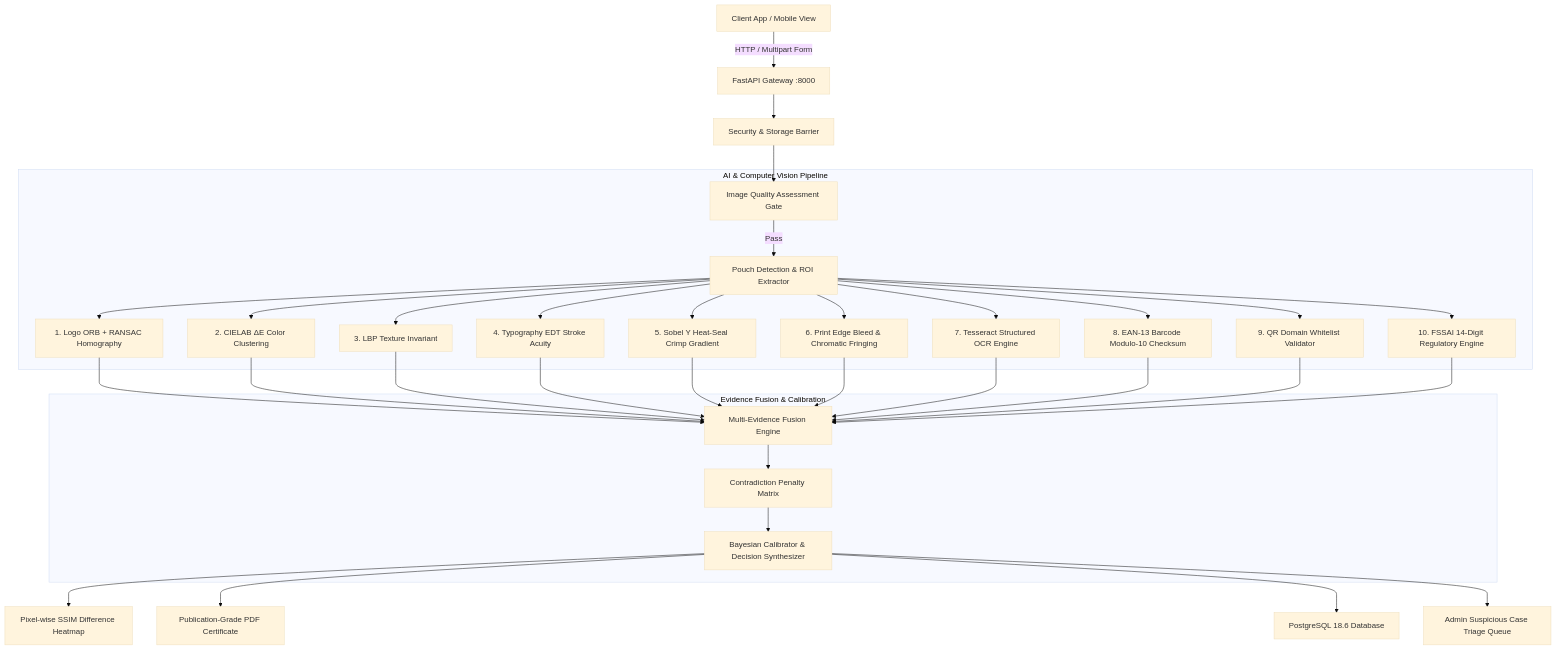
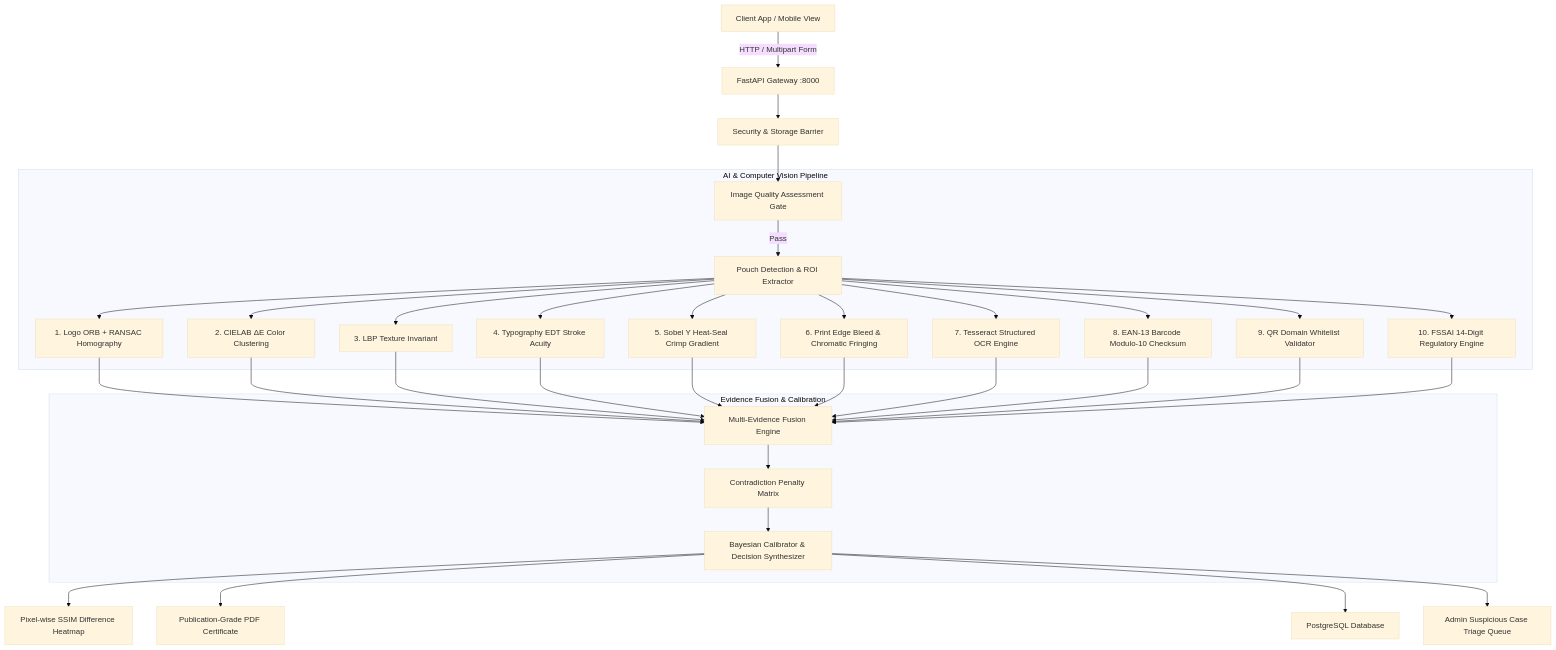
The diagram in README.md (pravashsingh775/VeriSure_Ai), drawn with Mermaid (base theme) before and after one commit. The commit also changed other lines of this file and 3 other files, not shown here.

````diff
--- a/README.md
+++ b/README.md
@@ -32,31 +31,31 @@
 ```mermaid
 graph TD
     A[Client App / Mobile View] -->|HTTP / Multipart Form| B[FastAPI Gateway :8000]
     B --> C[Security & Storage Barrier]
     C --> D[Image Quality Assessment Gate]
 
     subgraph AI & Computer Vision Pipeline
         D -->|Pass| E[Pouch Detection & ROI Extractor]
         E --> F1[1. Logo ORB + RANSAC Homography]
         E --> F2[2. CIELAB ΔE Color Clustering]
         E --> F3[3. LBP Texture Invariant]
         E --> F4[4. Typography EDT Stroke Acuity]
         E --> F5[5. Sobel Y Heat-Seal Crimp Gradient]
         E --> F6[6. Print Edge Bleed & Chromatic Fringing]
         E --> F7[7. Tesseract Structured OCR Engine]
         E --> F8[8. EAN-13 Barcode Modulo-10 Checksum]
         E --> F9[9. QR Domain Whitelist Validator]
         E --> F10[10. FSSAI 14-Digit Regulatory Engine]
     end
 
     subgraph Evidence Fusion & Calibration
         F1 & F2 & F3 & F4 & F5 & F6 & F7 & F8 & F9 & F10 --> G[Multi-Evidence Fusion Engine]
         G --> H[Contradiction Penalty Matrix]
         H --> I[Bayesian Calibrator & Decision Synthesizer]
     end
 
     I --> J1[Pixel-wise SSIM Difference Heatmap]
     I --> J2[Publication-Grade PDF Certificate]
-    I --> J3[PostgreSQL 18.6 Database]
+    I --> J3[PostgreSQL Database]
     I --> J4[Admin Suspicious Case Triage Queue]
 ```
````
